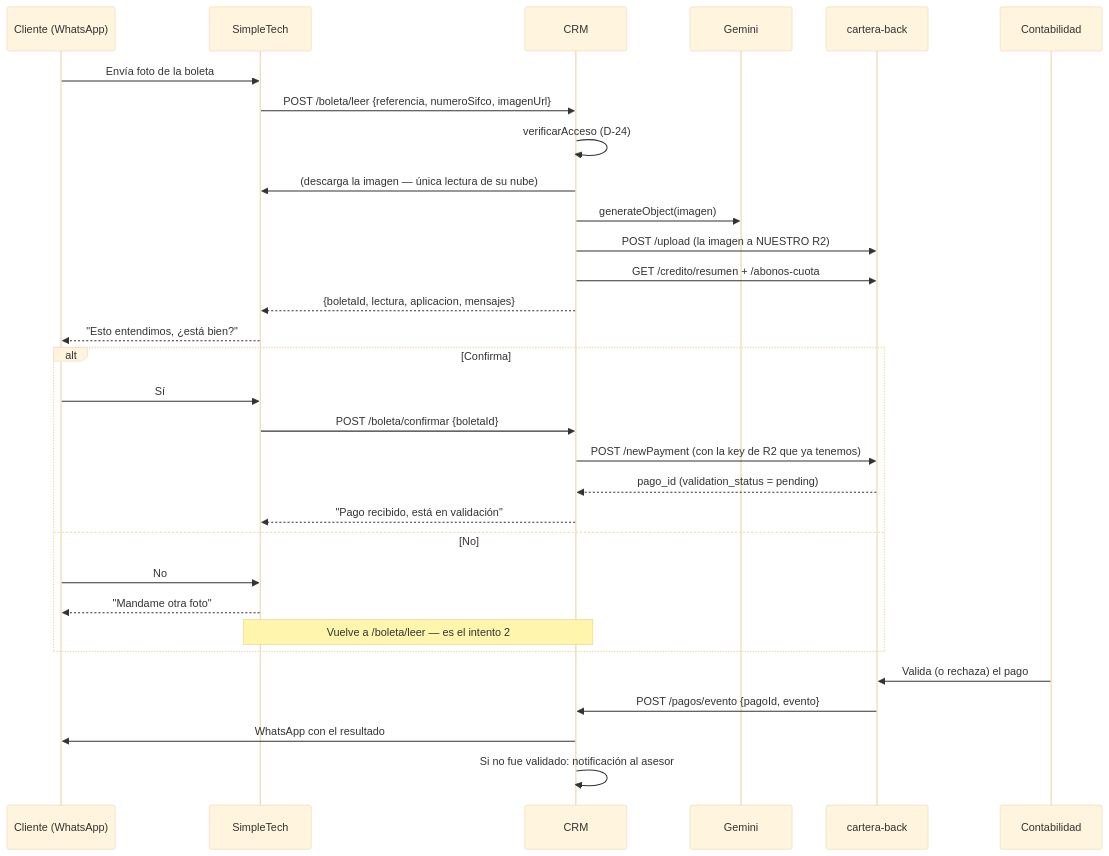
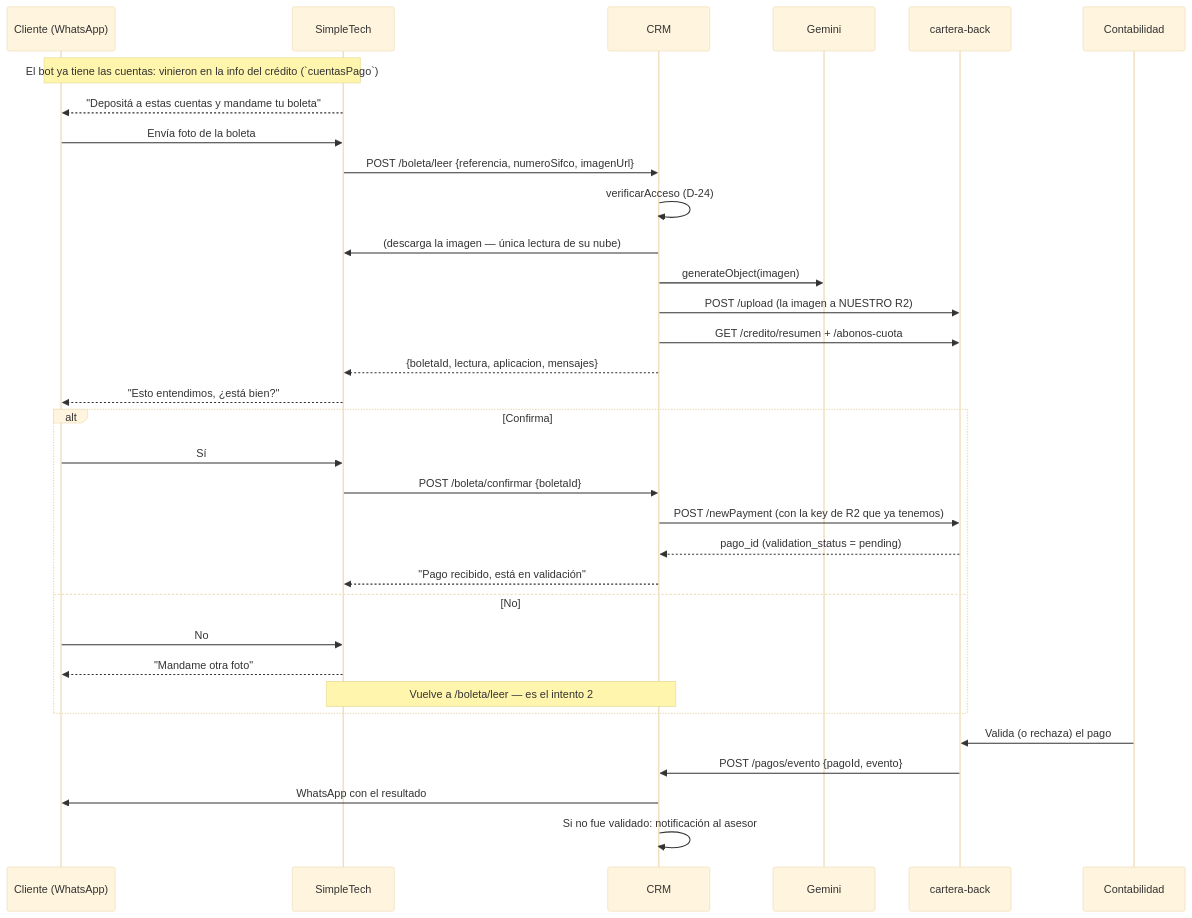
The diagram in docs/features/bot-whatsapp-cobros/04-validacion-de-boleta.md (Engineering-Club-Cash-In/universe), drawn with Mermaid (base theme) before and after one commit. The commit also changed other lines of this file and 3 other files, not shown here.

First line of the commit message:
docs(cobros): cuentas de pago en la info del crédito y registro de reversiones (D-36, D-37)

````diff
--- a/docs/features/bot-whatsapp-cobros/04-validacion-de-boleta.md
+++ b/docs/features/bot-whatsapp-cobros/04-validacion-de-boleta.md
@@ -26,35 +34,37 @@
 ```mermaid
 sequenceDiagram
     participant C as Cliente (WhatsApp)
     participant S as SimpleTech
     participant CRM as CRM
     participant IA as Gemini
     participant CB as cartera-back
     participant K as Contabilidad
 
+    Note over S,C: El bot ya tiene las cuentas: vinieron en la info del crédito (`cuentasPago`)
+    S-->>C: "Depositá a estas cuentas y mandame tu boleta"
     C->>S: Envía foto de la boleta
     S->>CRM: POST /boleta/leer  {referencia, numeroSifco, imagenUrl}
     CRM->>CRM: verificarAcceso (D-24)
     CRM->>S: (descarga la imagen — única lectura de su nube)
     CRM->>IA: generateObject(imagen)
     CRM->>CB: POST /upload  (la imagen a NUESTRO R2)
     CRM->>CB: GET /credito/resumen + /abonos-cuota
     CRM-->>S: {boletaId, lectura, aplicacion, mensajes}
     S-->>C: "Esto entendimos, ¿está bien?"
     alt Confirma
         C->>S: Sí
         S->>CRM: POST /boleta/confirmar {boletaId}
         CRM->>CB: POST /newPayment  (con la key de R2 que ya tenemos)
         CB-->>CRM: pago_id (validation_status = pending)
         CRM-->>S: "Pago recibido, está en validación"
     else No
         C->>S: No
         S-->>C: "Mandame otra foto"
         Note over S,CRM: Vuelve a /boleta/leer — es el intento 2
     end
 
     K->>CB: Valida (o rechaza) el pago
     CB->>CRM: POST /pagos/evento  {pagoId, evento}
     CRM->>C: WhatsApp con el resultado
     CRM->>CRM: Si no fue validado: notificación al asesor
 ```
````
